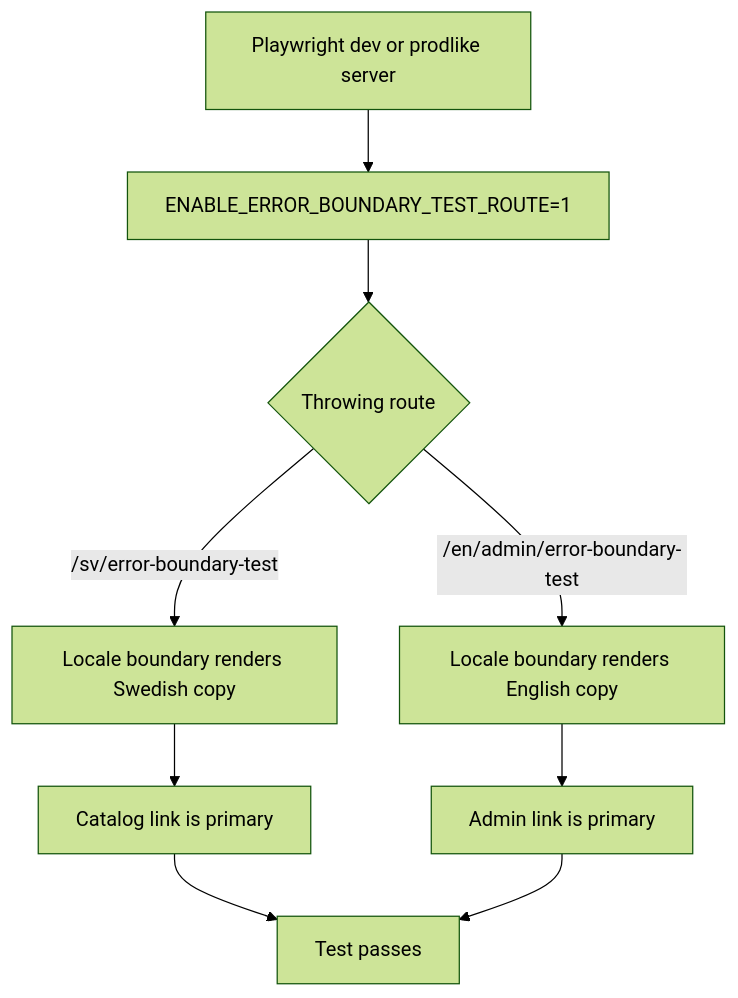
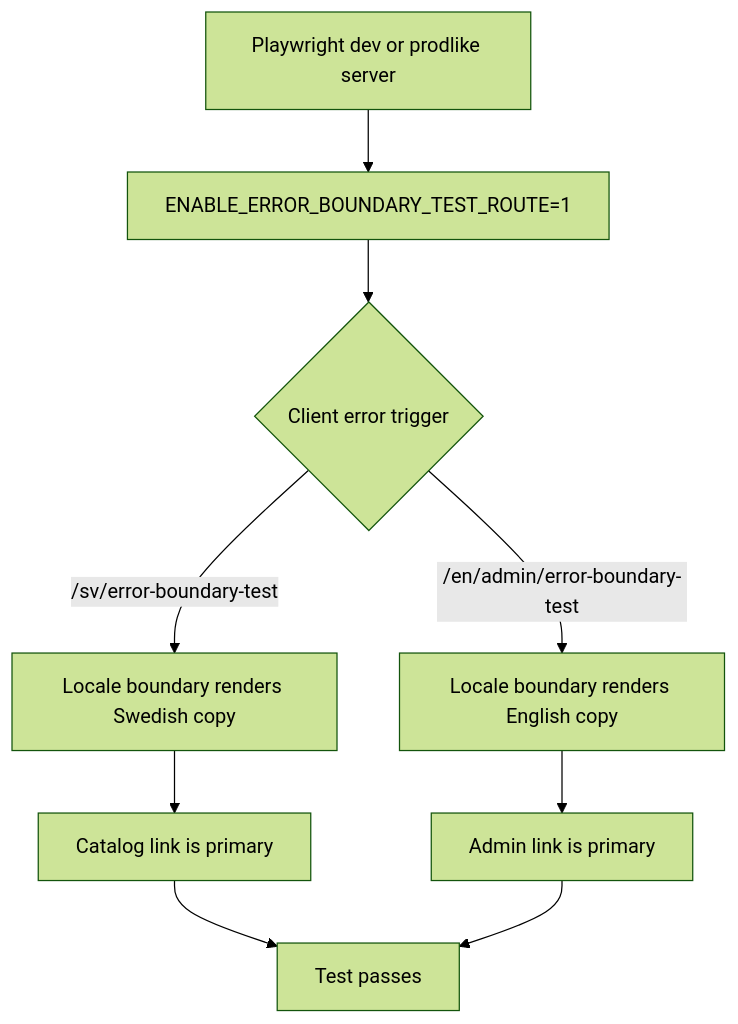
One commit to viscalyx/Kravhantering changed the first of 3 diagrams in tests/integration/error-boundary-smoke.md. Above: the diagram before and after it, drawn with Mermaid (forest theme). The commit also changed other lines of this file and 165 other files, not shown here.

````diff
--- a/tests/integration/error-boundary-smoke.md
+++ b/tests/integration/error-boundary-smoke.md
@@ -13,11 +14,11 @@
 ```mermaid
 flowchart TD
     A[Playwright dev or prodlike server] --> B[ENABLE_ERROR_BOUNDARY_TEST_ROUTE=1]
-    B --> C{Throwing route}
+    B --> C{Client error trigger}
     C -- /sv/error-boundary-test --> D[Locale boundary renders Swedish copy]
     C -- /en/admin/error-boundary-test --> E[Locale boundary renders English copy]
     D --> F[Catalog link is primary]
     E --> G[Admin link is primary]
     F --> H[Test passes]
     G --> H
 ```
````
